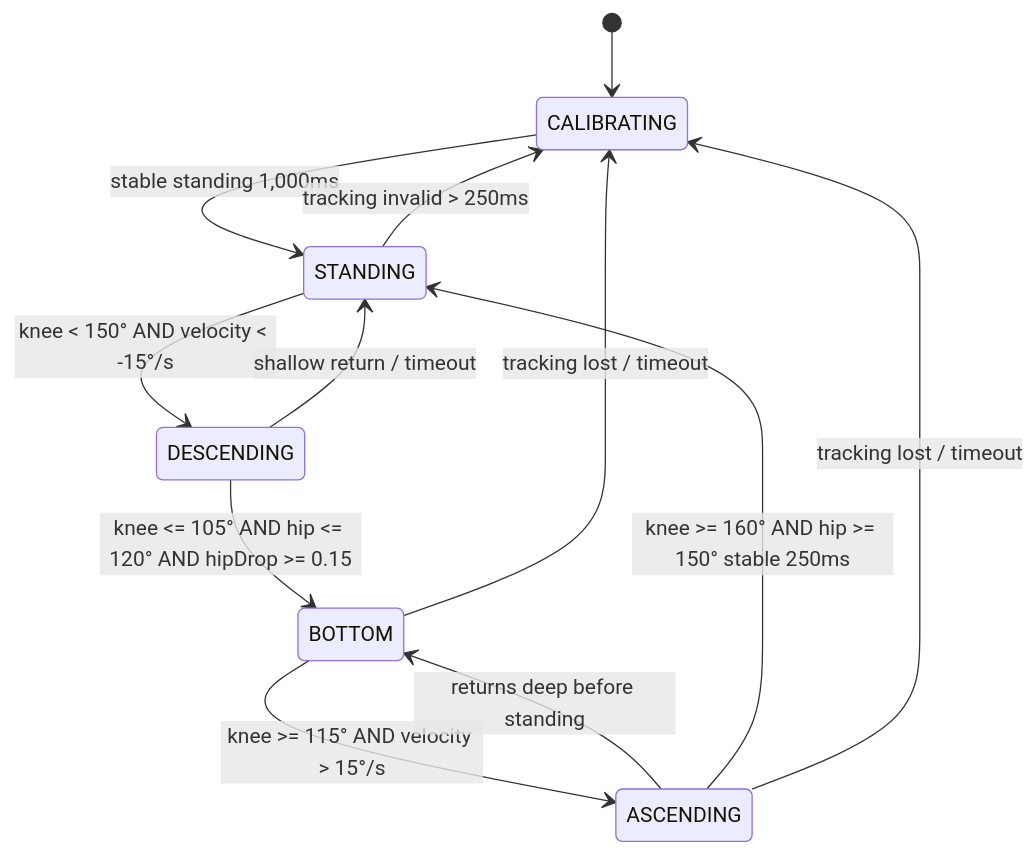
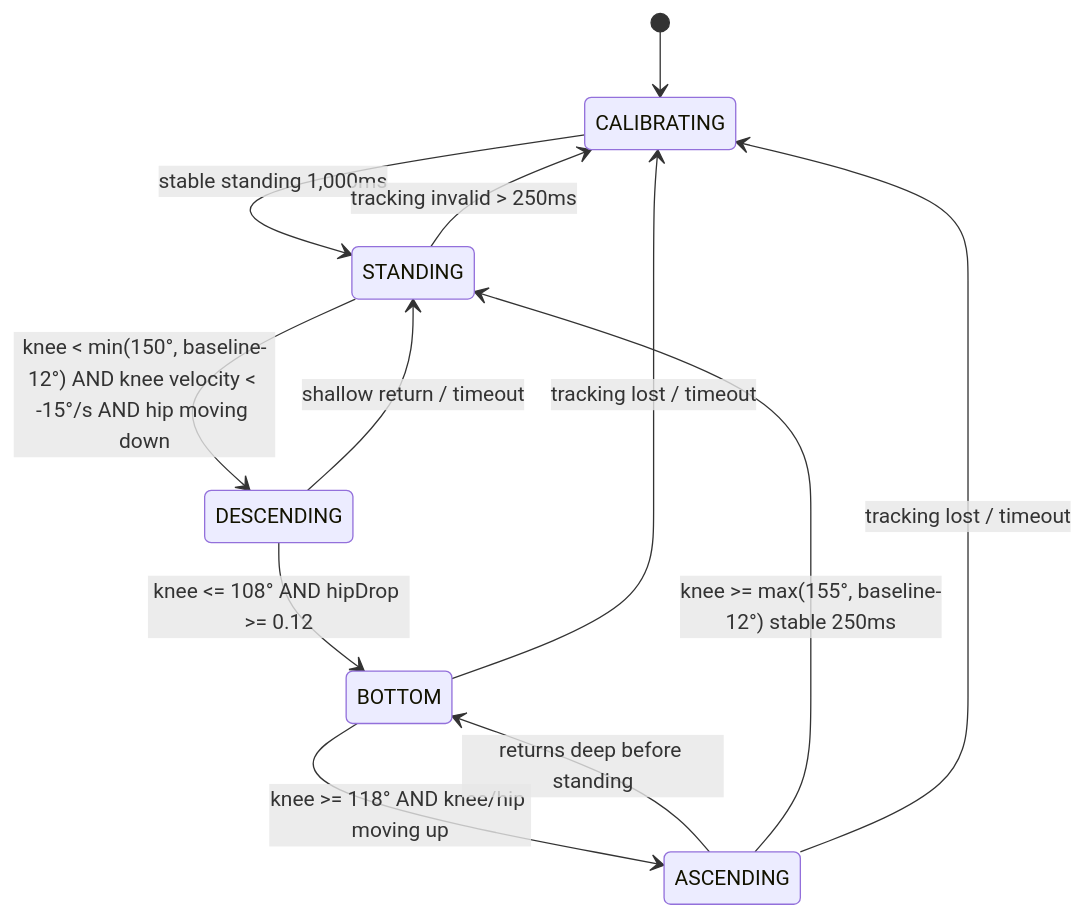
One commit to kren-team/MICHIZURE changed the second of 2 diagrams in docs/squat-detection.md. Above: the diagram before and after it, drawn with Mermaid. The commit also changed other lines of this file and 11 other files, not shown here.

````diff
--- a/docs/squat-detection.md
+++ b/docs/squat-detection.md
@@ -196,14 +198,14 @@
 ```mermaid
 stateDiagram-v2
     [*] --> CALIBRATING
     CALIBRATING --> STANDING: stable standing 1,000ms
-    STANDING --> DESCENDING: knee < 150° AND velocity < -15°/s
+    STANDING --> DESCENDING: knee < min(150°, baseline-12°) AND knee velocity < -15°/s AND hip moving down
     DESCENDING --> STANDING: shallow return / timeout
-    DESCENDING --> BOTTOM: knee <= 105° AND hip <= 120° AND hipDrop >= 0.15
-    BOTTOM --> ASCENDING: knee >= 115° AND velocity > 15°/s
+    DESCENDING --> BOTTOM: knee <= 108° AND hipDrop >= 0.12
+    BOTTOM --> ASCENDING: knee >= 118° AND knee/hip moving up
     BOTTOM --> CALIBRATING: tracking lost / timeout
     ASCENDING --> BOTTOM: returns deep before standing
-    ASCENDING --> STANDING: knee >= 160° AND hip >= 150° stable 250ms
+    ASCENDING --> STANDING: knee >= max(155°, baseline-12°) stable 250ms
     ASCENDING --> CALIBRATING: tracking lost / timeout
     STANDING --> CALIBRATING: tracking invalid > 250ms
 ```
````
